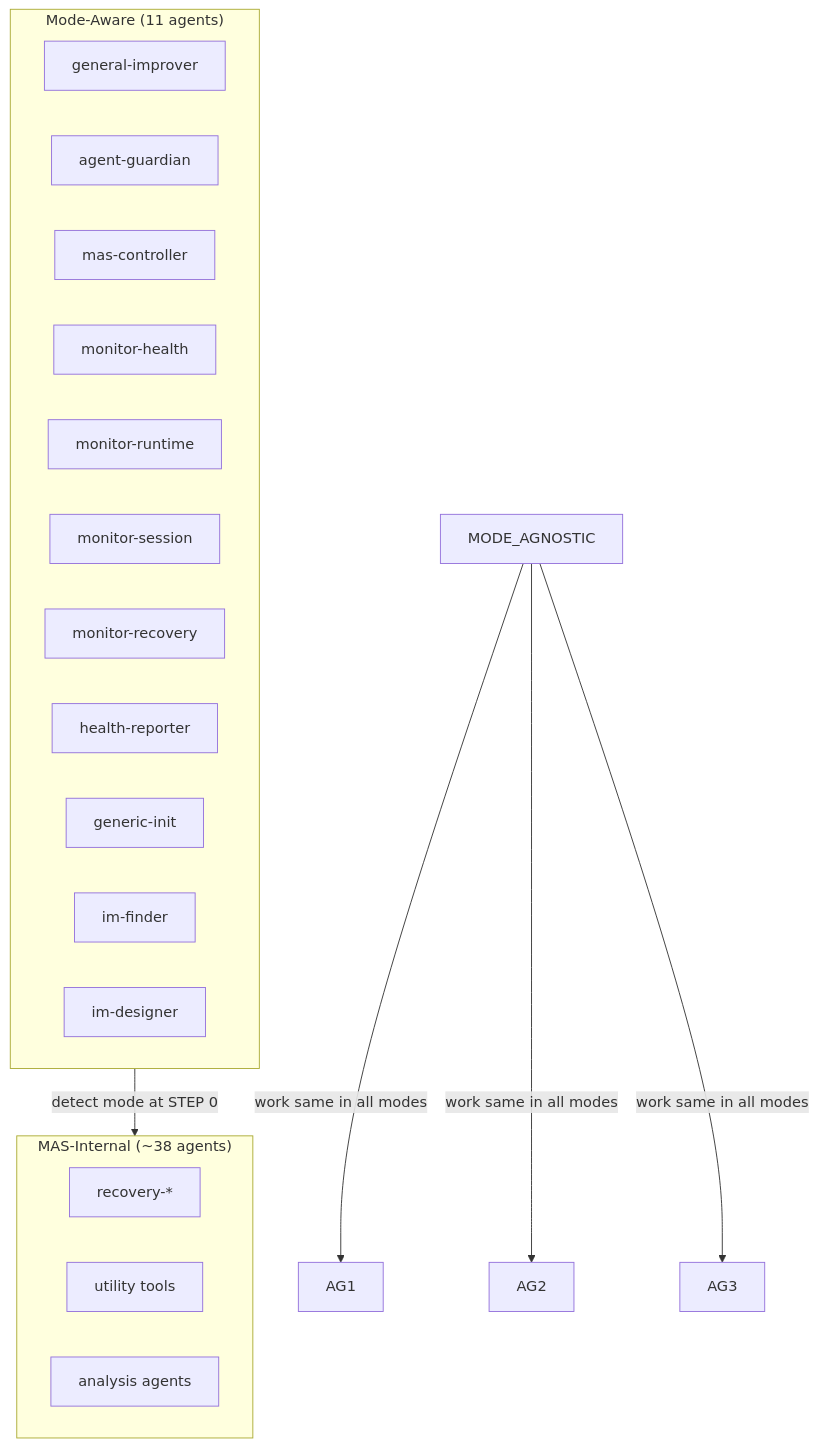
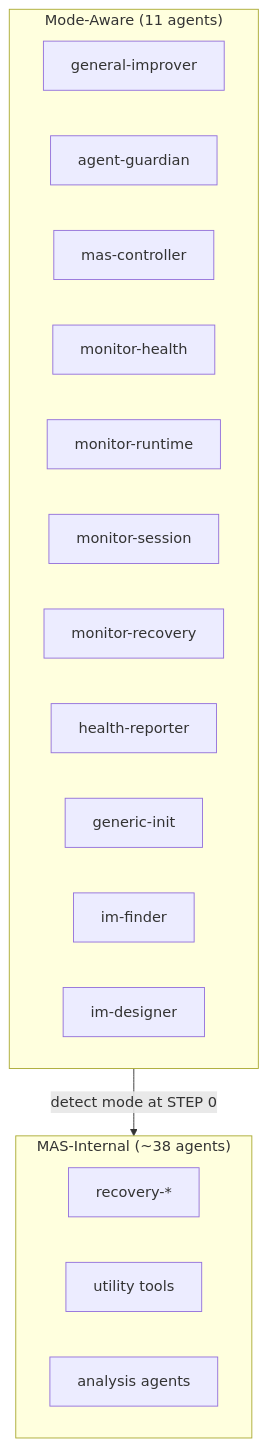
The third of 4 diagrams in docs/agents.md (mczardybon/mas-engineer), drawn with Mermaid before and after one commit. The commit also changed other lines of this file and 5 other files, not shown here.

Commit message:
docs: fix tool counts 52→47, POC claim, Mermaid bug, pie chart, patterns

````diff
--- a/docs/agents.md
+++ b/docs/agents.md
@@ -157,23 +157,22 @@
 ```mermaid
 graph TD
     subgraph MODE_AWARE["Mode-Aware (11 agents)"]
         MA1["general-improver"]
         MA2["agent-guardian"]
         MA3["mas-controller"]
         MA4["monitor-health"]
         MA5["monitor-runtime"]
         MA6["monitor-session"]
         MA7["monitor-recovery"]
         MA8["health-reporter"]
         MA9["generic-init"]
         MA10["im-finder"]
         MA11["im-designer"]
     end
     subgraph INTERNAL["MAS-Internal (~38 agents)"]
         I1["recovery-*"]
         I2["utility tools"]
         I3["analysis agents"]
     end
     MODE_AWARE -->|"detect mode at STEP 0"| INTERNAL
-    MODE_AGNOSTIC -->|"work same in all modes"| AG1 & AG2 & AG3
 ```
````
